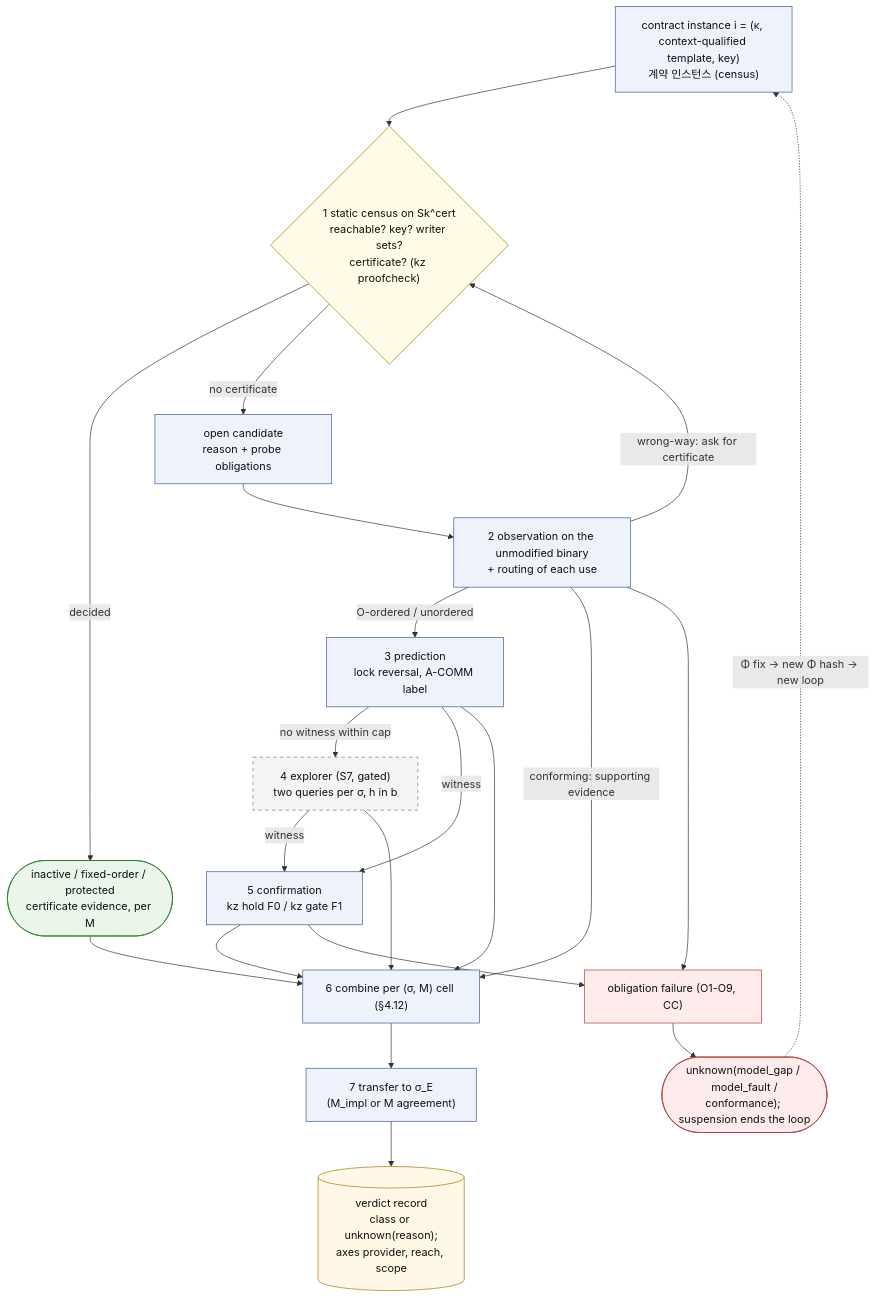
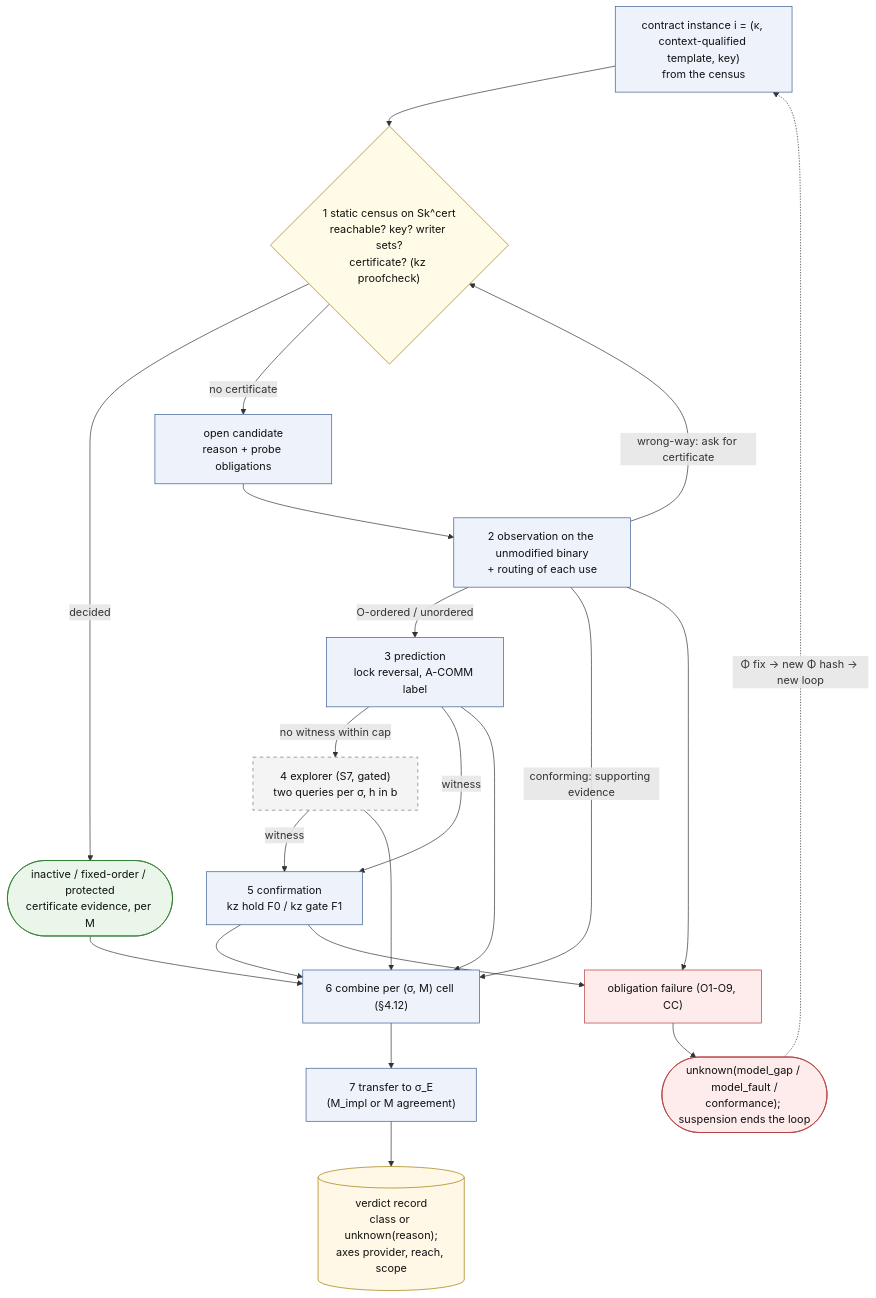
The diagram in research/cfs_procrace/Architecture/diagrams/D3_analysis_overview.mmd (wookjaeya/Shape-Perf), drawn with Mermaid before and after one commit. The commit also changed 21 other files, not shown here.

First line of the commit message:
Architecture: Korean documents 01-10 checked and fixed (45 issues), 19 rendered diagrams, README index

```diff
--- a/research/cfs_procrace/Architecture/diagrams/D3_analysis_overview.mmd
+++ b/research/cfs_procrace/Architecture/diagrams/D3_analysis_overview.mmd
@@ -1,51 +1,51 @@
 flowchart TD
     %% D3 overview - analysis workflow per contract instance and (σ, M) cell. Source: spec §12 D3; §4.6, §4.8-4.13.
     %% Detail: D3_analysis_static.mmd (census decisions) and D3_analysis_dynamic.mmd (observation to σ_E transfer).
     %% Dashed border = gated stage. Dashed edge = feedback / loop path.
 
-    INST["contract instance i = (κ, context-qualified template, key)<br/>계약 인스턴스 (census)"]
+    INST["contract instance i = (κ, context-qualified template, key)<br/>from the census"]
     STAT{"1 static census on Sk^cert<br/>reachable? key? writer sets?<br/>certificate? (kz proofcheck)"}
     T1(["inactive / fixed-order / protected<br/>certificate evidence, per M"])
     OPEN["open candidate<br/>reason + probe obligations"]
     OBS["2 observation on the unmodified binary<br/>+ routing of each use"]
     PRD["3 prediction<br/>lock reversal, A-COMM label"]
     EXP["4 explorer (S7, gated)<br/>two queries per σ, h in b"]
     CNF["5 confirmation<br/>kz hold F0 / kz gate F1"]
     CMB["6 combine per (σ, M) cell (§4.12)"]
     TRN["7 transfer to σ_E<br/>(M_impl or M agreement)"]
     REC[("verdict record<br/>class or unknown(reason);<br/>axes provider, reach, scope")]
     OBL["obligation failure (O1-O9, CC)"]
     UNK(["unknown(model_gap / model_fault /<br/>conformance); suspension ends the loop"])
 
     INST --> STAT
     STAT -->|"decided"| T1
     STAT -->|"no certificate"| OPEN
     T1 --> CMB
     OPEN --> OBS
     OBS -->|"wrong-way: ask for certificate"| STAT
     OBS -->|"O-ordered / unordered"| PRD
     PRD -->|"no witness within cap"| EXP
     PRD -->|"witness"| CNF
     EXP -->|"witness"| CNF
     EXP --> CMB
     PRD --> CMB
     CNF --> CMB
     OBS -->|"conforming: supporting evidence"| CMB
     CMB --> TRN --> REC
     OBS --> OBL
     CNF --> OBL
     OBL --> UNK
     UNK -.->|"Φ fix → new Φ hash → new loop"| INST
 
     classDef comp fill:#eef3fb,stroke:#3b5b92,color:#111
     classDef dec fill:#fffbe6,stroke:#a07a00,color:#111
     classDef term fill:#eaf6ea,stroke:#2e7d32,color:#111
     classDef unk fill:#fdeceb,stroke:#b23b3b,color:#111
     classDef gated fill:#f4f4f4,stroke:#777,stroke-dasharray:5 5,color:#111
     classDef art fill:#fff8e6,stroke:#a07a00,color:#111
     class INST,OPEN,OBS,PRD,CNF,CMB,TRN comp
     class STAT dec
     class T1 term
     class OBL,UNK unk
     class EXP gated
     class REC art
```
